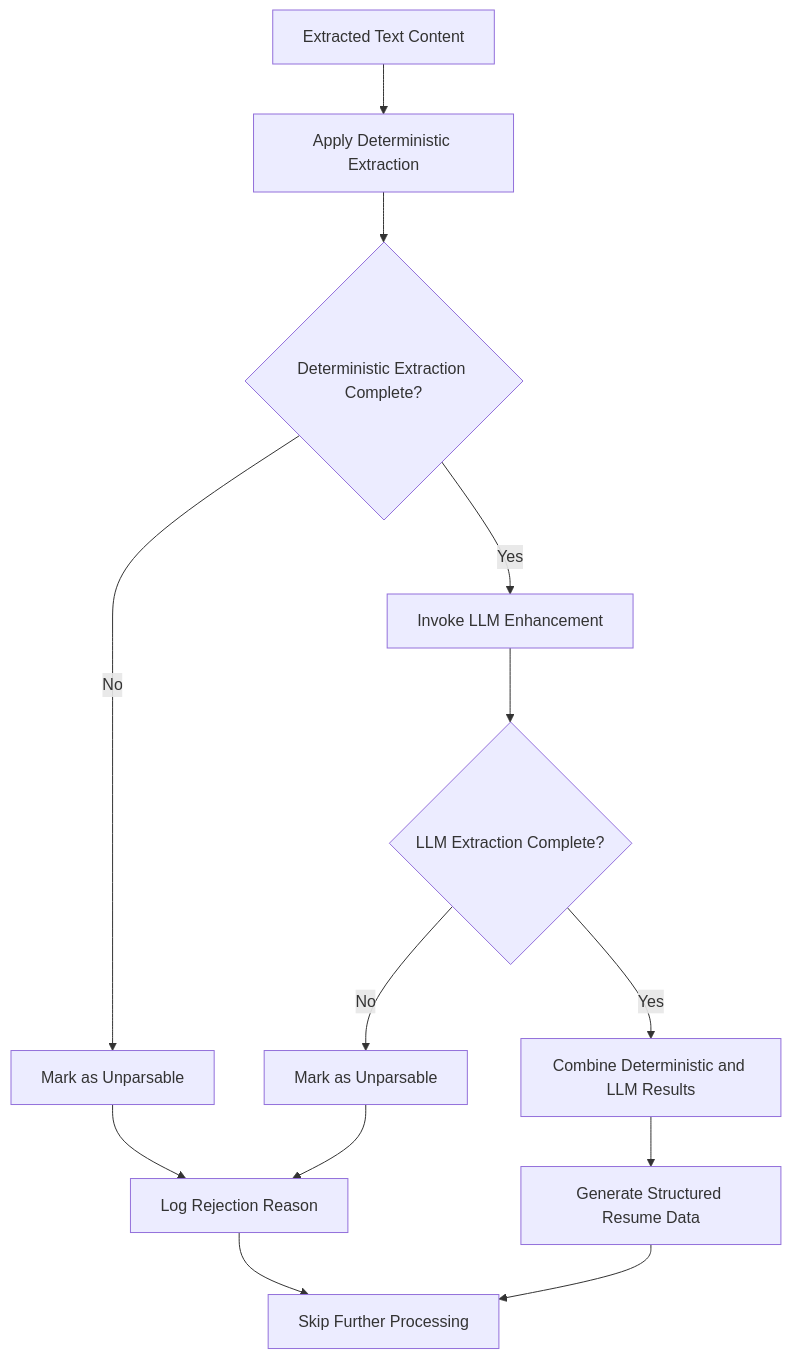
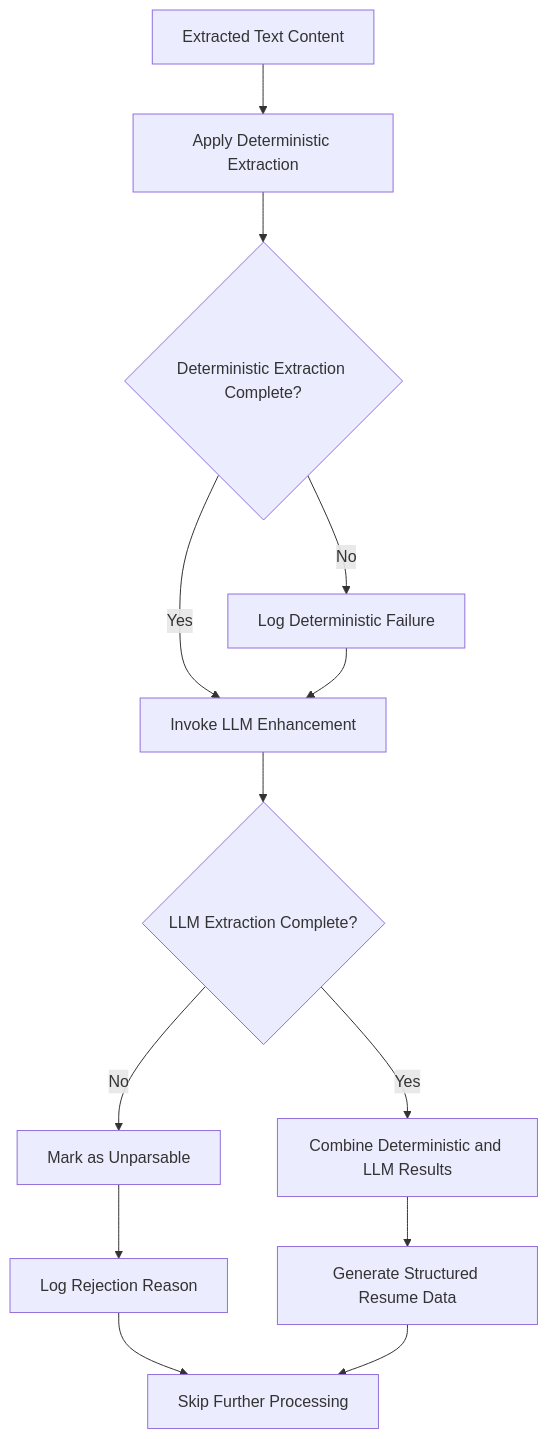
The diagram in docs/system/resume-processing/processes/6-data-parsing.md (DelgadoArlee/cv-brewer), drawn with Mermaid before and after one commit. The commit also changed other lines of this file and 184 other files, not shown here.

````diff
--- a/docs/system/resume-processing/processes/6-data-parsing.md
+++ b/docs/system/resume-processing/processes/6-data-parsing.md
@@ -9,15 +9,15 @@
 ```mermaid
 flowchart TD
     A[Extracted Text Content] --> B[Apply Deterministic Extraction]
     B --> C{Deterministic Extraction Complete?}
-    C -->|No| D[Mark as Unparsable]
-    D --> E[Log Rejection Reason]
-    E --> F[Skip Further Processing]
     C -->|Yes| G[Invoke LLM Enhancement]
+    C -->|No| L[Log Deterministic Failure]
+    L --> G
     G --> H{LLM Extraction Complete?}
     H -->|No| I[Mark as Unparsable]
-    I --> E
+    I --> E[Log Rejection Reason]
+    E --> F[Skip Further Processing]
     H -->|Yes| J[Combine Deterministic and LLM Results]
     J --> K[Generate Structured Resume Data]
     K --> F
 ```
````
